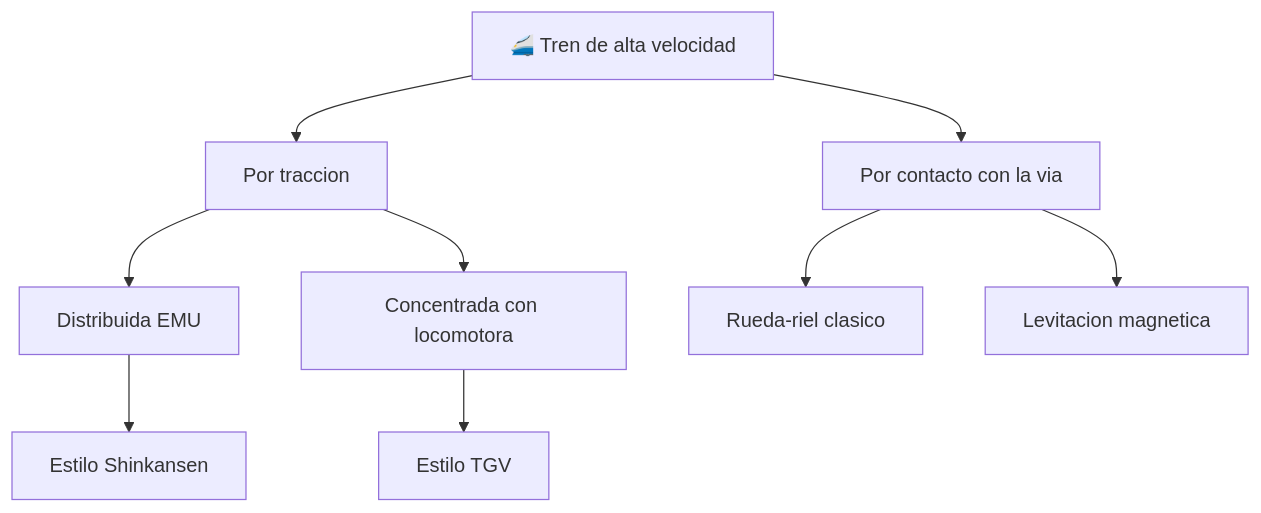
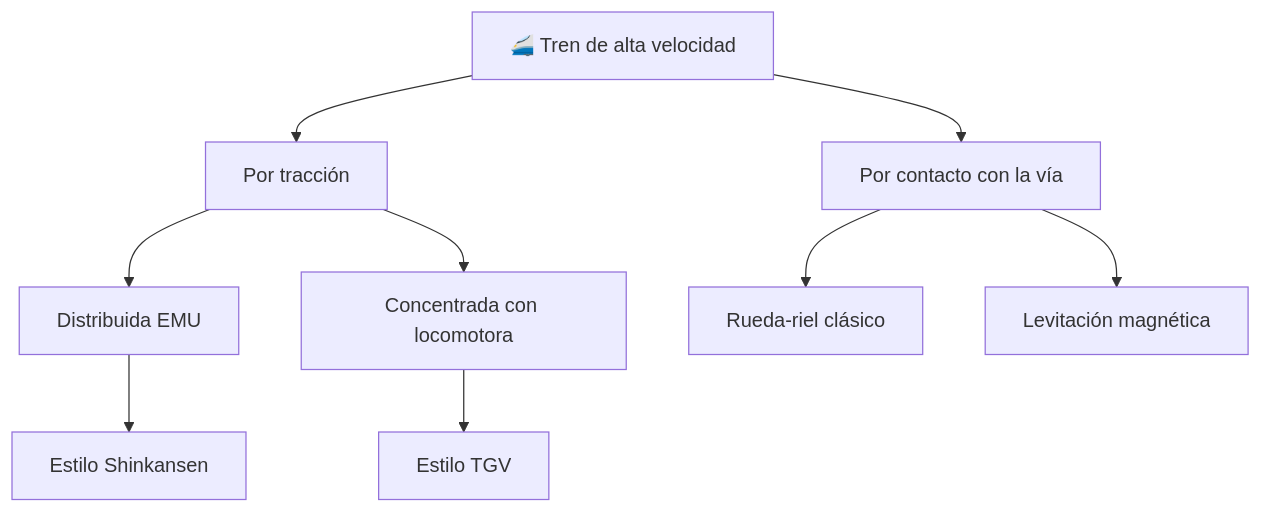
Before and after one commit to vladimiracunadev-create/machine-operator-program: the diagram in vehiculos/tren-alta-velocidad/operacion/caracteristicas-tren-alta-velocidad.md, drawn with Mermaid. The commit also changed other lines of this file and 442 other files, not shown here.

````diff
--- a/vehiculos/tren-alta-velocidad/operacion/caracteristicas-tren-alta-velocidad.md
+++ b/vehiculos/tren-alta-velocidad/operacion/caracteristicas-tren-alta-velocidad.md
@@ -36,11 +36,11 @@
 ```mermaid
 flowchart TD
-    Tren[🚄 Tren de alta velocidad] --> Traccion[Por traccion]
-    Tren --> Contacto[Por contacto con la via]
+    Tren[🚄 Tren de alta velocidad] --> Traccion[Por tracción]
+    Tren --> Contacto[Por contacto con la vía]
     Traccion --> Distribuida[Distribuida EMU]
     Traccion --> Concentrada[Concentrada con locomotora]
-    Contacto --> Rueda[Rueda-riel clasico]
-    Contacto --> Maglev[Levitacion magnetica]
+    Contacto --> Rueda[Rueda-riel clásico]
+    Contacto --> Maglev[Levitación magnética]
     Distribuida --> Shinkansen[Estilo Shinkansen]
     Concentrada --> TGV[Estilo TGV]
 ```
````
